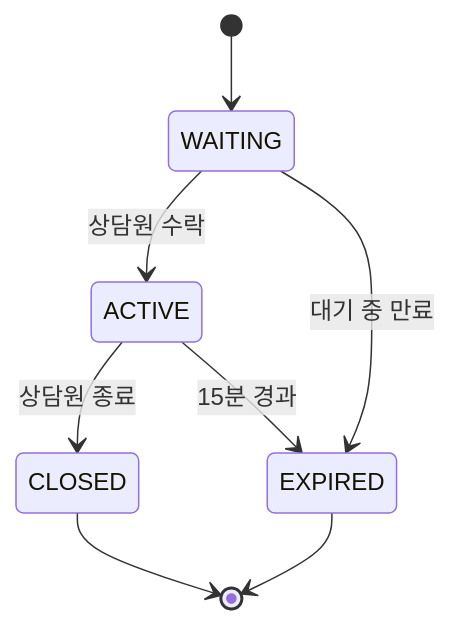
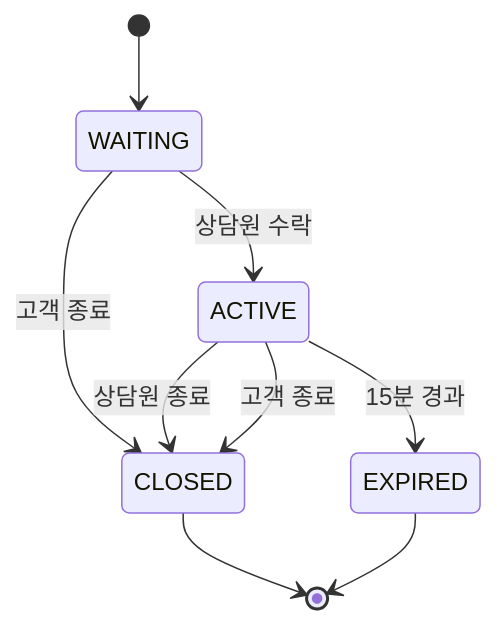
The second of 6 diagrams in docs/Hotel_CallCenter_Chat_MVP_Design.md (miffy9999/RemotePlus_Chat), drawn with Mermaid before and after one commit. The commit also changed other lines of this file and 35 other files, not shown here.

````diff
--- a/docs/Hotel_CallCenter_Chat_MVP_Design.md
+++ b/docs/Hotel_CallCenter_Chat_MVP_Design.md
@@ -376,10 +377,11 @@
 ```mermaid
 stateDiagram-v2
     [*] --> WAITING
     WAITING --> ACTIVE: 상담원 수락
-    WAITING --> EXPIRED: 대기 중 만료
+    WAITING --> CLOSED: 고객 종료
     ACTIVE --> CLOSED: 상담원 종료
+    ACTIVE --> CLOSED: 고객 종료
     ACTIVE --> EXPIRED: 15분 경과
     CLOSED --> [*]
     EXPIRED --> [*]
 ```
````
